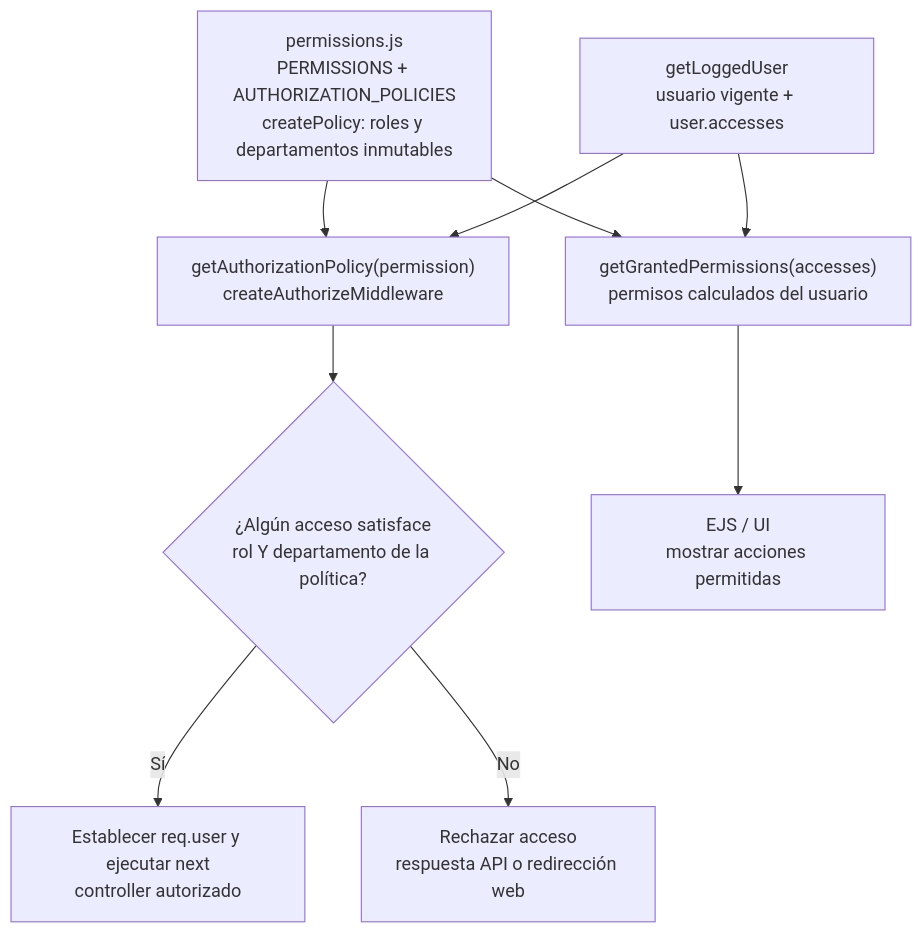
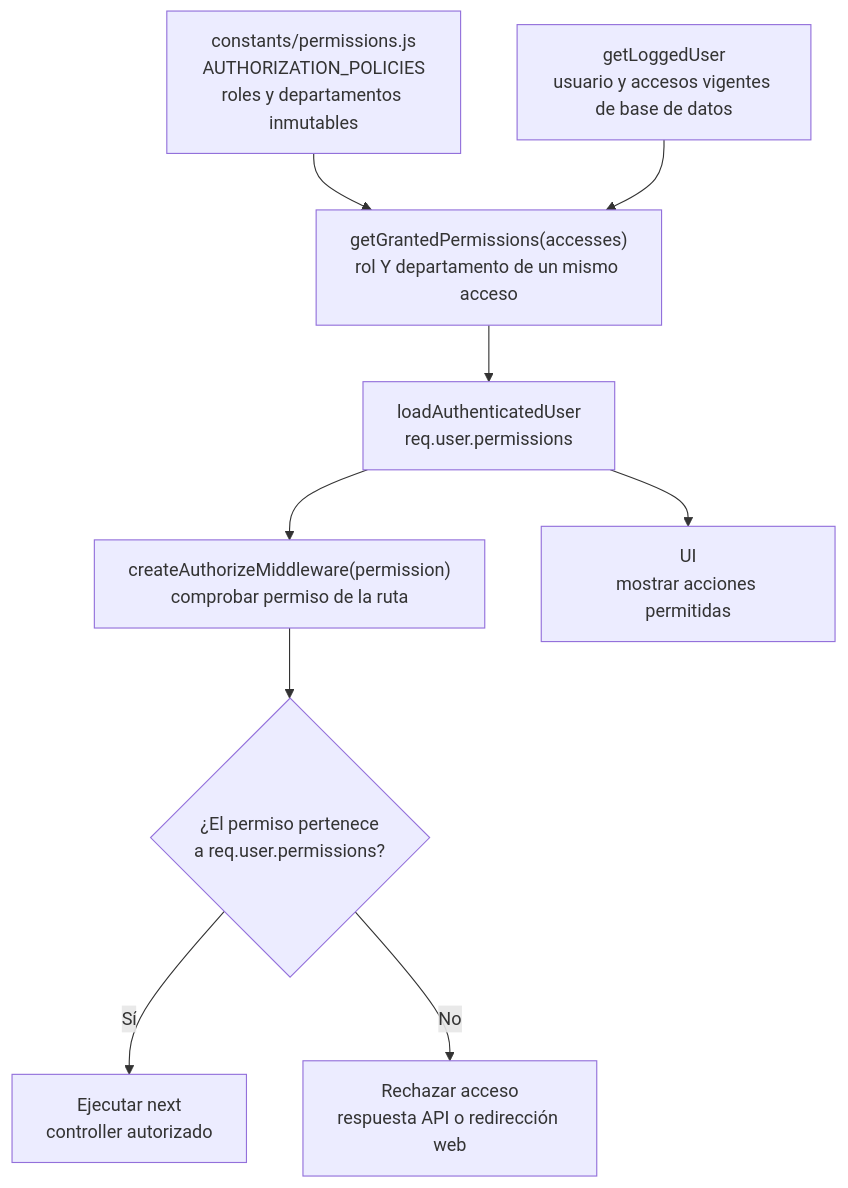
The second of 2 diagrams in back/docs/architecture/views/development/design-and-construction-patterns/06-dtos-adapters-and-policies.md (gpgsistemas01/nexus), drawn with Mermaid before and after one commit. The commit also changed other lines of this file and 37 other files, not shown here.

````diff
--- a/back/docs/architecture/views/development/design-and-construction-patterns/06-dtos-adapters-and-policies.md
+++ b/back/docs/architecture/views/development/design-and-construction-patterns/06-dtos-adapters-and-policies.md
@@ -90,11 +90,12 @@
 ```mermaid
 flowchart TB
-    policy["permissions.js<br/>PERMISSIONS + AUTHORIZATION_POLICIES<br/>createPolicy: roles y departamentos inmutables"] --> server["getAuthorizationPolicy(permission)<br/>createAuthorizeMiddleware"]
-    accesses["getLoggedUser<br/>usuario vigente + user.accesses"] --> server
-    server --> test{"¿Algún acceso satisface<br/>rol Y departamento de la política?"}
-    test -->|Sí| next["Establecer req.user y ejecutar next<br/>controller autorizado"]
+    policy["constants/permissions.js<br/>AUTHORIZATION_POLICIES<br/>roles y departamentos inmutables"] --> granted["getGrantedPermissions(accesses)<br/>rol Y departamento de un mismo acceso"]
+    accesses["getLoggedUser<br/>usuario y accesos vigentes de base de datos"]
+    accesses --> granted
+    granted --> current["loadAuthenticatedUser<br/>req.user.permissions"]
+    current --> server["createAuthorizeMiddleware(permission)<br/>comprobar permiso de la ruta"]
+    server --> test{"¿El permiso pertenece<br/>a req.user.permissions?"}
+    test -->|Sí| next["Ejecutar next<br/>controller autorizado"]
     test -->|No| deny["Rechazar acceso<br/>respuesta API o redirección web"]
-    policy --> granted["getGrantedPermissions(accesses)<br/>permisos calculados del usuario"]
-    accesses --> granted
-    granted --> presentation["EJS / UI<br/>mostrar acciones permitidas"]
+    current --> presentation["UI<br/>mostrar acciones permitidas"]
 ```
````
